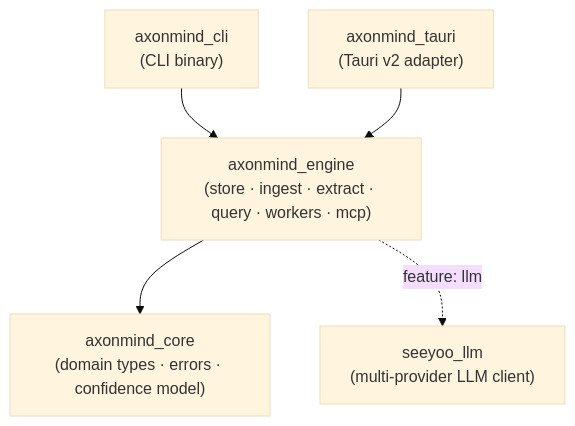
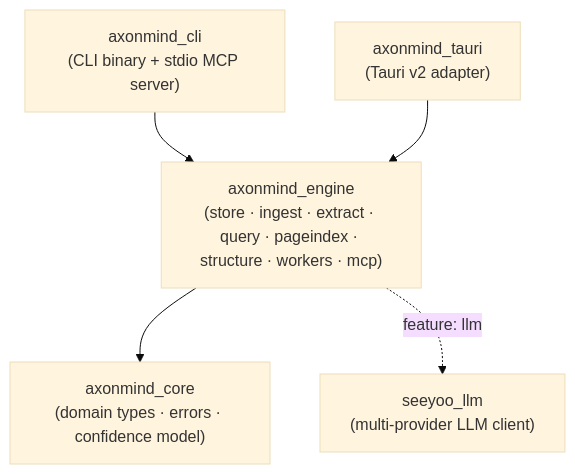
One commit to SeeyooHK/axonmind-open changed the first of 9 diagrams in docs/architecture.md. Above: the diagram before and after it, drawn with Mermaid (base theme). The commit also changed other lines of this file and 3 other files, not shown here.

Commit message:
[docs]update architecture

````diff
--- a/docs/architecture.md
+++ b/docs/architecture.md
@@ -9,13 +9,13 @@
 ```mermaid
 graph TD
-    CLI["axonmind_cli<br/>(CLI binary)"]
+    CLI["axonmind_cli<br/>(CLI binary + stdio MCP server)"]
     Tauri["axonmind_tauri<br/>(Tauri v2 adapter)"]
-    Engine["axonmind_engine<br/>(store · ingest · extract · query · workers · mcp)"]
+    Engine["axonmind_engine<br/>(store · ingest · extract · query · pageindex · structure · workers · mcp)"]
     Core["axonmind_core<br/>(domain types · errors · confidence model)"]
     LLM["seeyoo_llm<br/>(multi-provider LLM client)"]
 
     CLI --> Engine
     Tauri --> Engine
     Engine --> Core
     Engine -.->|feature: llm| LLM
 ```
````
